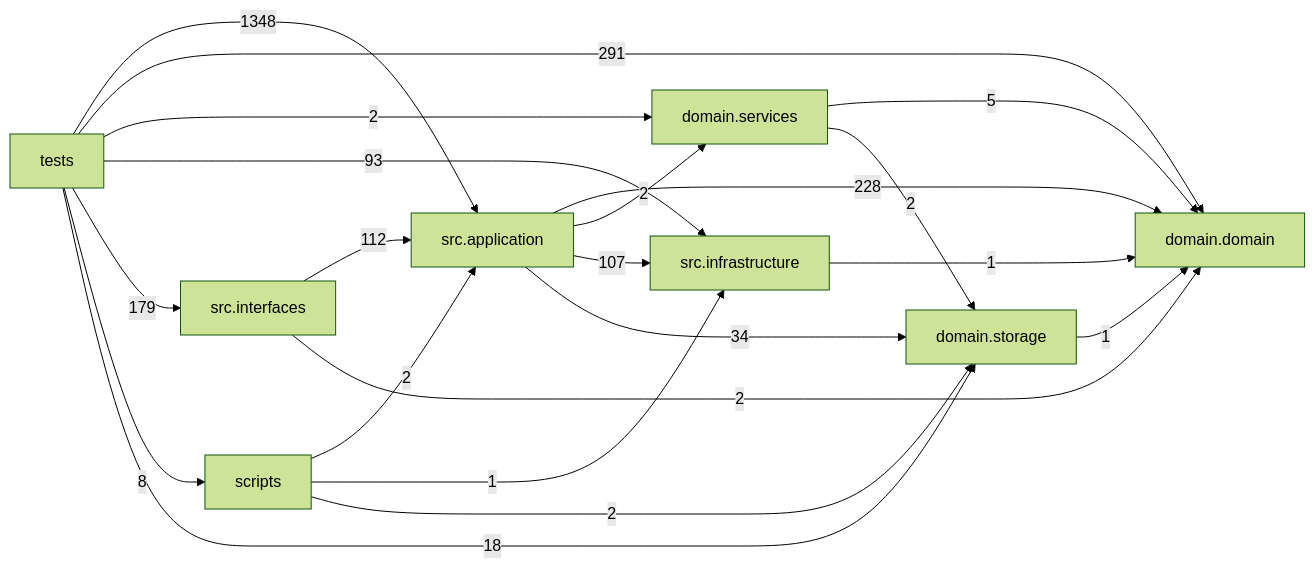
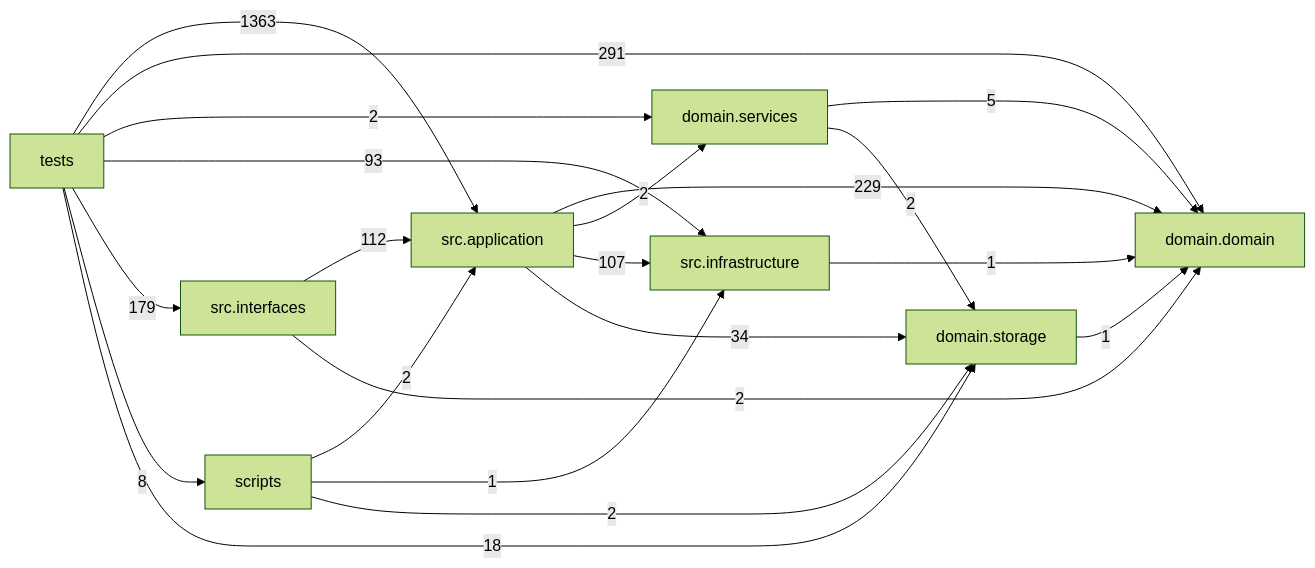
The diagram in docs/DEPENDENCY_GRAPH.md (liuxie066/options-monitor), drawn with Mermaid (forest theme) before and after one commit. The commit also changed other lines of this file and 41 other files, not shown here.

````diff
--- a/docs/DEPENDENCY_GRAPH.md
+++ b/docs/DEPENDENCY_GRAPH.md
@@ -24,31 +24,31 @@
 ```mermaid
 flowchart LR
   tests["tests"]
   scripts["scripts"]
   interfaces["src.interfaces"]
   application["src.application"]
   infrastructure["src.infrastructure"]
   domain_services["domain.services"]
   domain["domain.domain"]
   storage["domain.storage"]
-  application -->|228| domain
+  application -->|229| domain
   application -->|2| domain_services
   application -->|107| infrastructure
   application -->|34| storage
   domain_services -->|5| domain
   domain_services -->|2| storage
   infrastructure -->|1| domain
   interfaces -->|112| application
   interfaces -->|2| domain
   scripts -->|2| application
   scripts -->|1| infrastructure
   scripts -->|2| storage
   storage -->|1| domain
-  tests -->|1348| application
+  tests -->|1363| application
   tests -->|291| domain
   tests -->|2| domain_services
   tests -->|93| infrastructure
   tests -->|179| interfaces
   tests -->|8| scripts
   tests -->|18| storage
 ```
````
